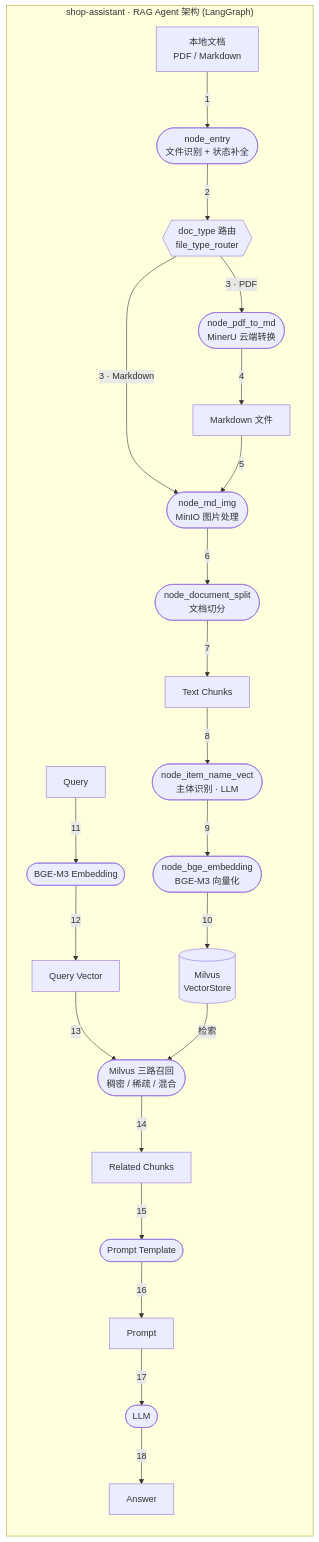
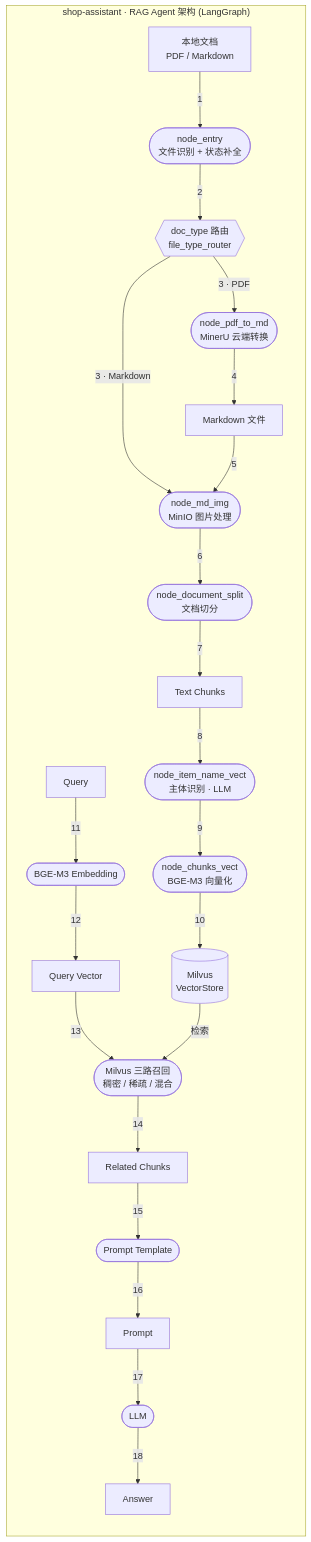
Before and after one commit to Refone/tiny-RAG: the diagram in docs/architecture.md, drawn with Mermaid. The commit also changed other lines of this file and 9 other files, not shown here.

Commit message:
chore: 合并 bge_embeding upsert_milvus 两个节点 -> chunks_vert

````diff
--- a/docs/architecture.md
+++ b/docs/architecture.md
@@ -9,54 +9,54 @@
 ```mermaid
 flowchart TD
     subgraph Shop_Assistant ["shop-assistant · RAG Agent 架构 (LangGraph)"]
         direction TB
 
         %% ===== 链路1: 文档导入 (import_processor) =====
         D0["本地文档<br/>PDF / Markdown"]
         E0(["node_entry<br/>文件识别 + 状态补全"])
         R0{{"doc_type 路由<br/>file_type_router"}}
         E1(["node_pdf_to_md<br/>MinerU 云端转换"])
         E2["Markdown 文件"]
         E3(["node_md_img<br/>MinIO 图片处理"])
         E4(["node_document_split<br/>文档切分"])
         E5["Text Chunks"]
         E6(["node_item_name_vect<br/>主体识别 · LLM"])
-        E7(["node_bge_embedding<br/>BGE-M3 向量化"])
+        E7(["node_chunks_vect<br/>BGE-M3 向量化"])
         E8[("Milvus<br/>VectorStore")]
 
         %% ===== 链路2: 查询与检索 (query_processor, 待实现) =====
         Q1["Query"]
         Q2(["BGE-M3 Embedding"])
         Q3["Query Vector"]
         Q4(["Milvus 三路召回<br/>稠密 / 稀疏 / 混合"])
         Q5["Related Chunks"]
         Q6(["Prompt Template"])
         Q7["Prompt"]
         Q8(["LLM"])
         Q9["Answer"]
 
         %% 链路1 边
         D0 -->|"1"| E0
         E0 -->|"2"| R0
         R0 -->|"3 · PDF"| E1
         R0 -->|"3 · Markdown"| E3
         E1 -->|"4"| E2
         E2 -->|"5"| E3
         E3 -->|"6"| E4
         E4 -->|"7"| E5
         E5 -->|"8"| E6
         E6 -->|"9"| E7
         E7 -->|"10"| E8
 
         %% 链路2 边
         Q1 -->|"11"| Q2
         Q2 -->|"12"| Q3
         Q3 -->|"13"| Q4
         E8 -->|"检索"| Q4
         Q4 -->|"14"| Q5
         Q5 -->|"15"| Q6
         Q6 -->|"16"| Q7
         Q7 -->|"17"| Q8
         Q8 -->|"18"| Q9
     end
 ```
````
